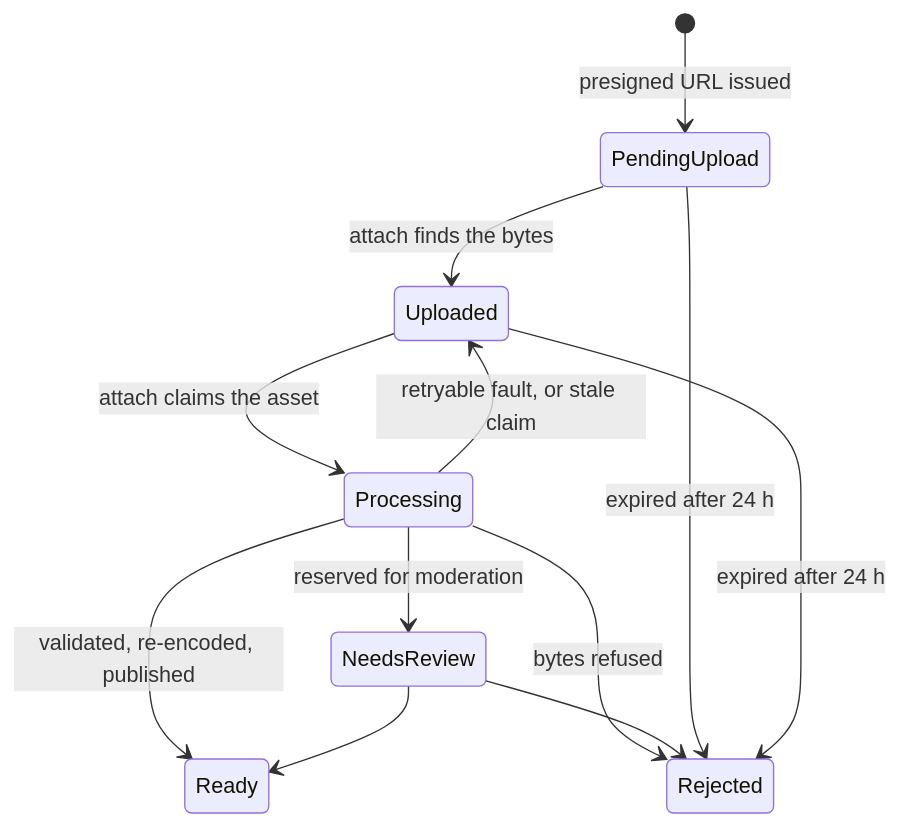
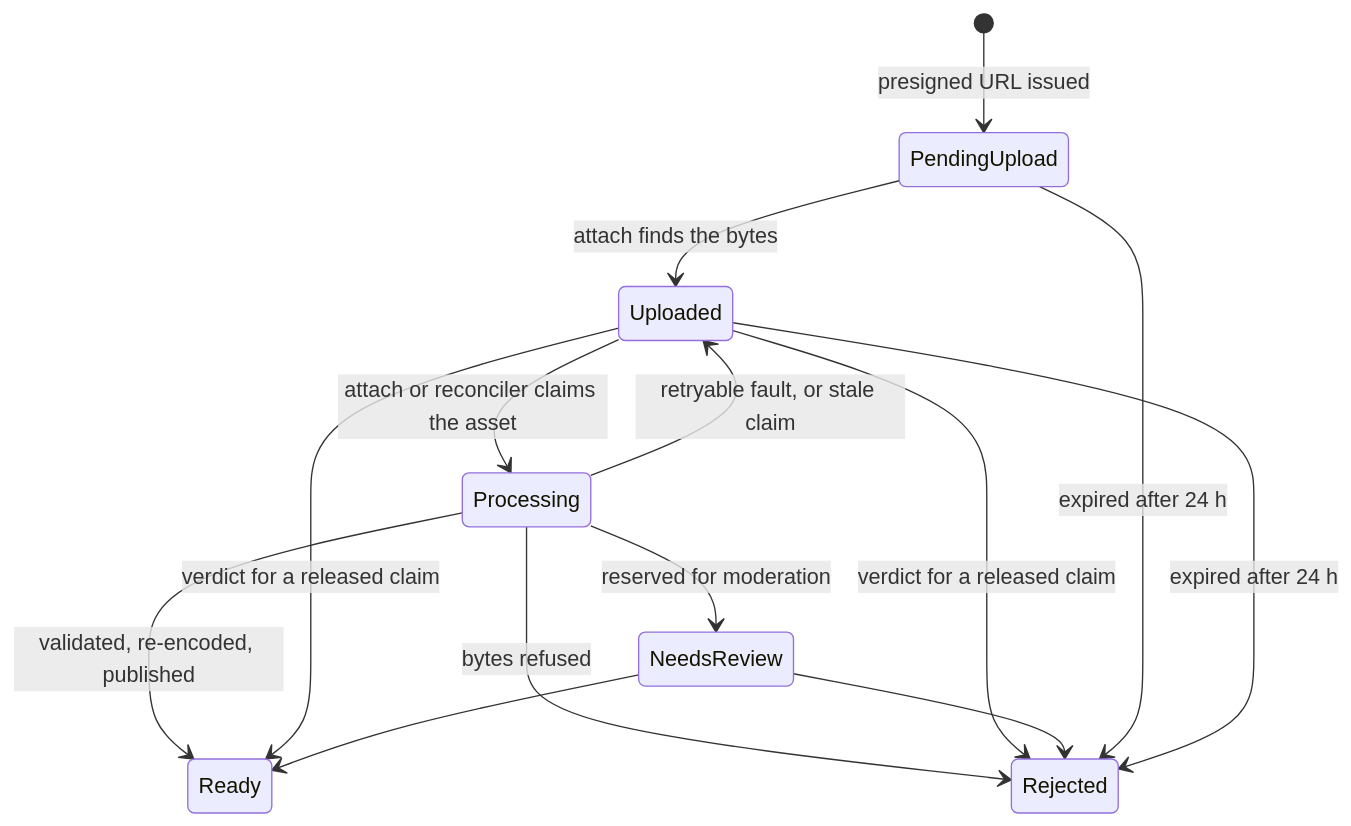
The second of 2 diagrams in docs/ARCHITECTURE.md (thomastran117x/Elevate), drawn with Mermaid before and after one commit. The commit also changed other lines of this file and 82 other files, not shown here.

````diff
--- a/docs/ARCHITECTURE.md
+++ b/docs/ARCHITECTURE.md
@@ -56,14 +60,16 @@
 ```mermaid
 stateDiagram-v2
     [*] --> PendingUpload: presigned URL issued
     PendingUpload --> Uploaded: attach finds the bytes
-    Uploaded --> Processing: attach claims the asset
+    Uploaded --> Processing: attach or reconciler claims the asset
     Processing --> Ready: validated, re-encoded, published
     Processing --> Rejected: bytes refused
     Processing --> Uploaded: retryable fault, or stale claim
     Processing --> NeedsReview: reserved for moderation
+    Uploaded --> Ready: verdict for a released claim
+    Uploaded --> Rejected: verdict for a released claim
     NeedsReview --> Ready
     NeedsReview --> Rejected
     PendingUpload --> Rejected: expired after 24 h
     Uploaded --> Rejected: expired after 24 h
 ```
````
